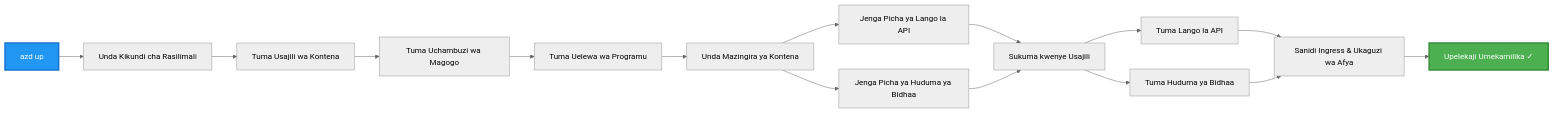
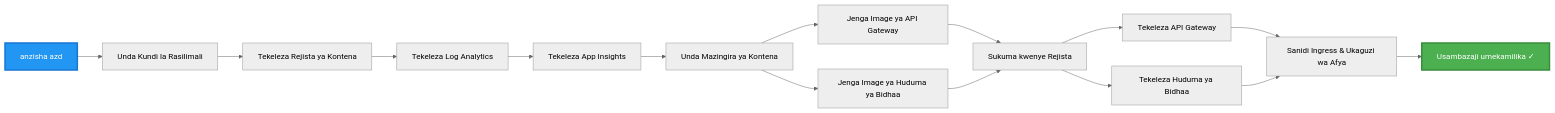
One commit to microsoft/AZD-for-beginners changed the third of 4 diagrams in translations/sw/examples/microservices/README.md. Above: the diagram before and after it, drawn with Mermaid (neutral theme). The commit also changed other lines of this file and 243 other files, not shown here.

````diff
--- a/translations/sw/examples/microservices/README.md
+++ b/translations/sw/examples/microservices/README.md
@@ -242,20 +233,20 @@
 ```mermaid
 graph LR
-    A[azd up] --> B[Unda Kikundi cha Rasilimali]
-    B --> C[Tuma Usajili wa Kontena]
-    C --> D[Tuma Uchambuzi wa Magogo]
-    D --> E[Tuma Uelewa wa Programu]
+    A[anzisha azd] --> B[Unda Kundi la Rasilimali]
+    B --> C[Tekeleza Rejista ya Kontena]
+    C --> D[Tekeleza Log Analytics]
+    D --> E[Tekeleza App Insights]
     E --> F[Unda Mazingira ya Kontena]
-    F --> G[Jenga Picha ya Lango la API]
-    F --> H[Jenga Picha ya Huduma ya Bidhaa]
-    G --> I[Sukuma kwenye Usajili]
+    F --> G[Jenga Image ya API Gateway]
+    F --> H[Jenga Image ya Huduma ya Bidhaa]
+    G --> I[Sukuma kwenye Rejista]
     H --> I
-    I --> J[Tuma Lango la API]
-    I --> K[Tuma Huduma ya Bidhaa]
+    I --> J[Tekeleza API Gateway]
+    I --> K[Tekeleza Huduma ya Bidhaa]
     J --> L[Sanidi Ingress & Ukaguzi wa Afya]
     K --> L
-    L --> M[Upelekaji Umekamilika ✓]
+    L --> M[Usambazaji umekamilika ✓]
     
     style A fill:#2196F3,stroke:#1976D2,stroke-width:3px,color:#fff
     style M fill:#4CAF50,stroke:#388E3C,stroke-width:3px,color:#fff
 ```
````
